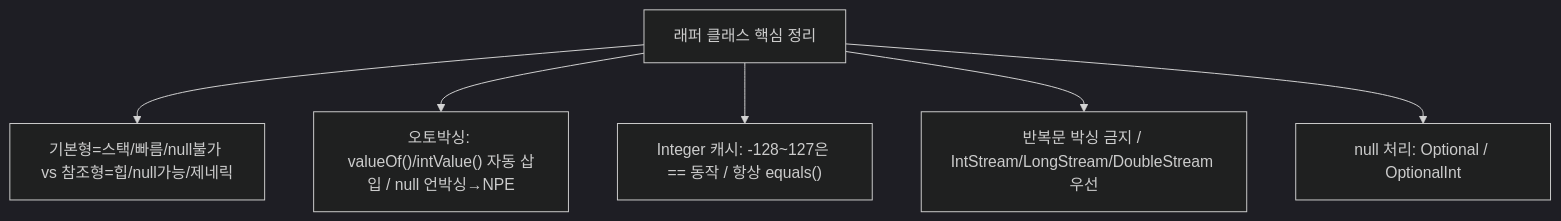
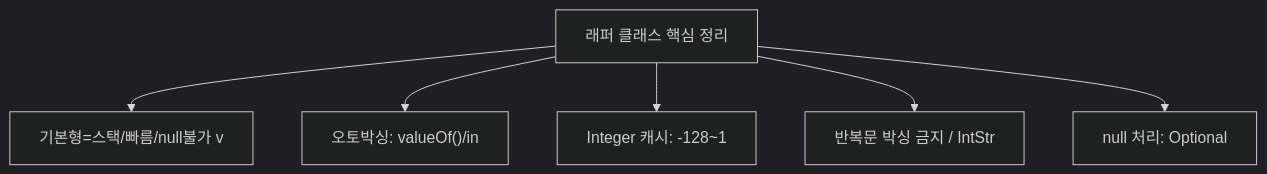
Before and after one commit to yjkim2015/yjkim2015.github.io: the fourth of 4 diagrams in _posts/java/2026-05-01-java-wrapper-class.md, drawn with Mermaid (dark theme). The commit also changed other lines of this file and 271 other files, not shown here.

First line of the commit message:
Mermaid 라벨 축소: 긴 노드 텍스트 18자 이하로 트림 + \n 제거

````diff
--- a/_posts/java/2026-05-01-java-wrapper-class.md
+++ b/_posts/java/2026-05-01-java-wrapper-class.md
@@ -452,9 +450,9 @@
 ```mermaid
 graph TD
     WRAPPER["래퍼 클래스 핵심 정리"]
-    WRAPPER --> PRIM["기본형=스택/빠름/null불가 vs 참조형=힙/null가능/제네릭"]
-    WRAPPER --> BOXING["오토박싱: valueOf()/intValue() 자동 삽입 / null 언박싱→NPE"]
-    WRAPPER --> CACHE["Integer 캐시: -128~127은 == 동작 / 항상 equals()"]
-    WRAPPER --> PERF["반복문 박싱 금지 / IntStream/LongStream/DoubleStream 우선"]
-    WRAPPER --> NULL["null 처리: Optional / OptionalInt"]
+    WRAPPER --> PRIM["기본형=스택/빠름/null불가 v"]
+    WRAPPER --> BOXING["오토박싱: valueOf()/in"]
+    WRAPPER --> CACHE["Integer 캐시: -128~1"]
+    WRAPPER --> PERF["반복문 박싱 금지 / IntStr"]
+    WRAPPER --> NULL["null 처리: Optional"]
 ```
````
